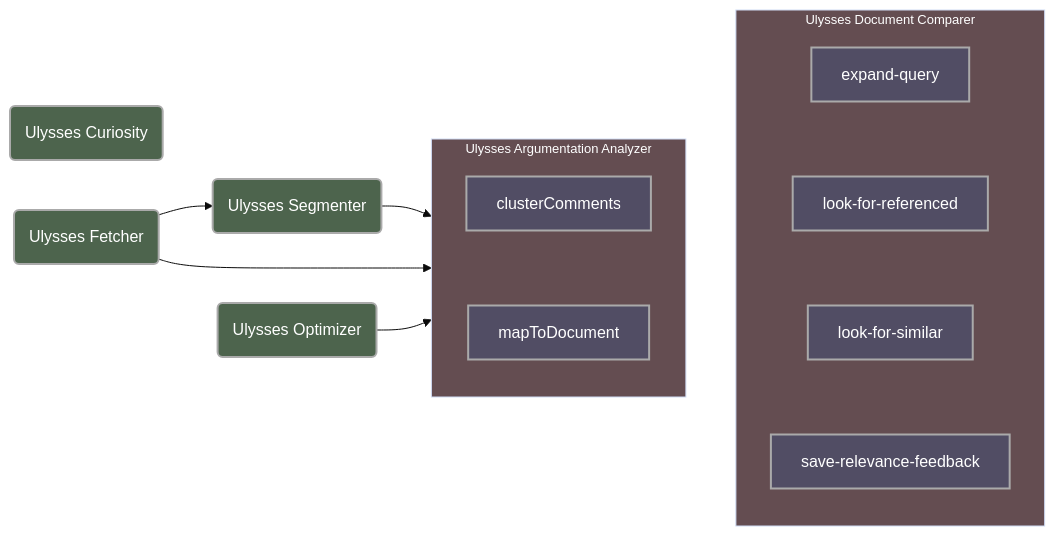
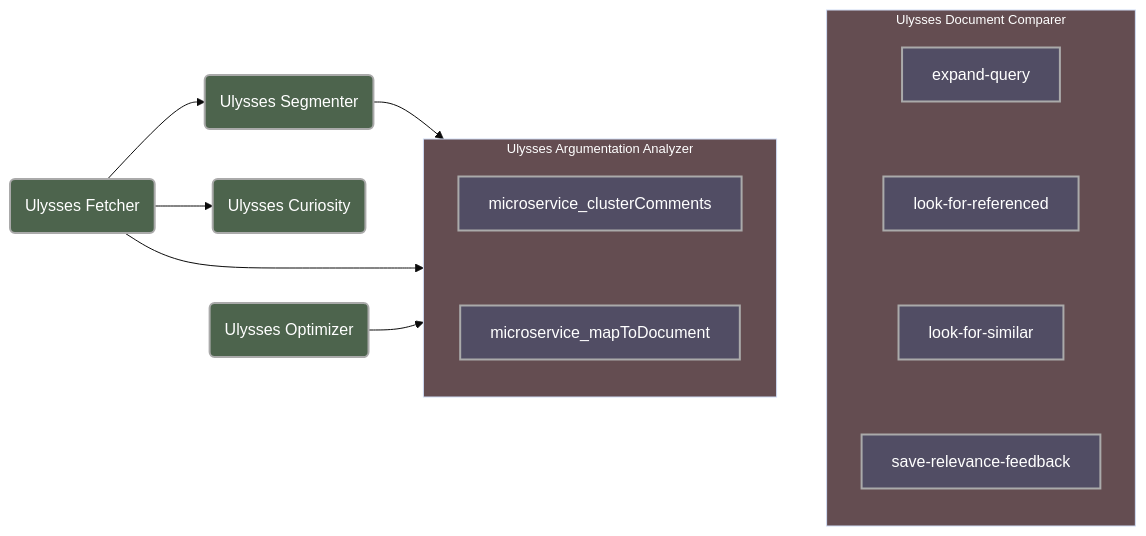
One commit to ulysses-camara/.github changed the diagram in profile/README.md. Above: the diagram before and after it, drawn with Mermaid (base theme).

Commit message:
README: add dep Fetcher --> Curiosity in diagram

````diff
--- a/profile/README.md
+++ b/profile/README.md
@@ -7,49 +7,51 @@
 ```mermaid
 flowchart LR
 
-optimizer("Ulysses Optimizer")
-curiosity("Ulysses Curiosity")
-segmenter("Ulysses Segmenter")
-fetcher("Ulysses Fetcher")
+package_optimizer("Ulysses Optimizer")
+package_curiosity("Ulysses Curiosity")
+package_segmenter("Ulysses Segmenter")
+package_fetcher("Ulysses Fetcher")
 
-subgraph comparer["Ulysses Document Comparer"]
+subgraph microservice_comparer["Ulysses Document Comparer"]
     direction TB
-    expandQuery["expand-query"]
-    lookForReferenced["look-for-referenced"]
-    lookForSimilar["look-for-similar"]
-    saveRelevanceFeedback["save-relevance-feedback"]
+    microservice_expandQuery["expand-query"]
+    microservice_lookForReferenced["look-for-referenced"]
+    microservice_lookForSimilar["look-for-similar"]
+    microservice_saveRelevanceFeedback["save-relevance-feedback"]
 
-    expandQuery --- lookForReferenced --- lookForSimilar --- saveRelevanceFeedback
+    microservice_expandQuery --- microservice_lookForReferenced --- microservice_lookForSimilar --- microservice_saveRelevanceFeedback
 
     linkStyle 0 stroke-width:0px;
     linkStyle 1 stroke-width:0px;
     linkStyle 2 stroke-width:0px;
 end
 
-subgraph analyzer["Ulysses Argumentation Analyzer"]
+subgraph microservice_analyzer["Ulysses Argumentation Analyzer"]
     direction TB
-    clusterComments
-    mapToDocument
+    microservice_clusterComments
+    microservice_mapToDocument
 
-    clusterComments --- mapToDocument
+    microservice_clusterComments --- microservice_mapToDocument
 
     linkStyle 3 stroke-width:0px;
 end
 
-segmenter --> analyzer
-fetcher   --> analyzer
-fetcher   --> segmenter
-optimizer --> analyzer
+package_segmenter --> microservice_analyzer
+package_fetcher   --> microservice_analyzer
+package_optimizer --> microservice_analyzer
+package_fetcher   --> package_segmenter
+package_fetcher   --> package_curiosity
 
-analyzer --- comparer
-linkStyle 8 stroke-width:0px;
+microservice_analyzer --- microservice_comparer
+linkStyle 9 stroke-width:0px;
 
 classDef default fill:#333333,color:white,stroke-width:2px,stroke:#AAAAAA;
 classDef clsBaseModule fill:#4D644D;
 classDef clsIntegrationModule fill:#644D51,font-size:13px,color:white;
 classDef clsMicroservice fill:#514D64,font-size:16px;
 
-class optimizer,curiosity,segmenter,fetcher clsBaseModule;
-class analyzer,comparer clsIntegrationModule;
-class clusterComments,mapToDocument,expandQuery,lookForReferenced,lookForSimilar,saveRelevanceFeedback clsMicroservice;
+class package_optimizer,package_curiosity,package_segmenter,package_fetcher clsBaseModule;
+class microservice_analyzer,microservice_comparer clsIntegrationModule;
+class microservice_clusterComments,microservice_mapToDocument clsMicroservice;
+class microservice_expandQuery,microservice_lookForReferenced,microservice_lookForSimilar,microservice_saveRelevanceFeedback clsMicroservice;
 ```
````
